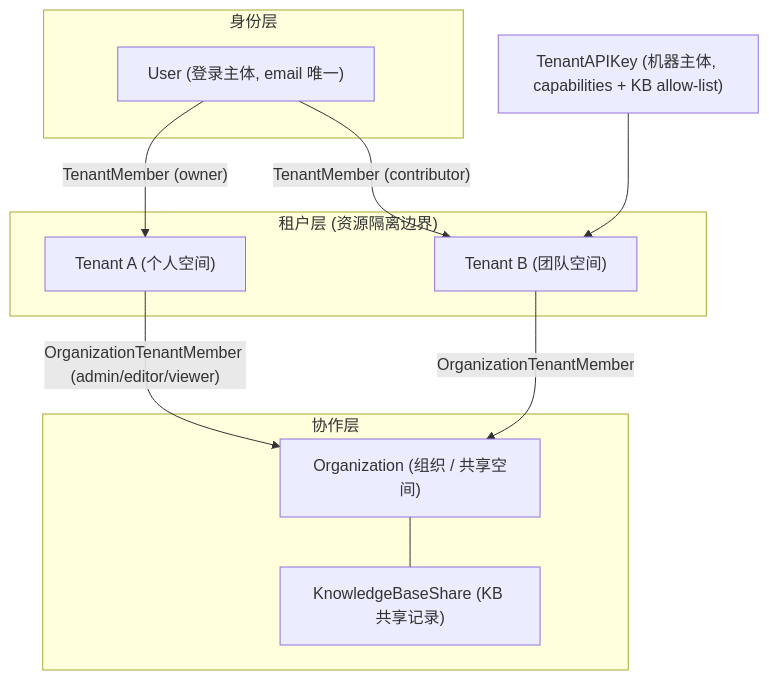
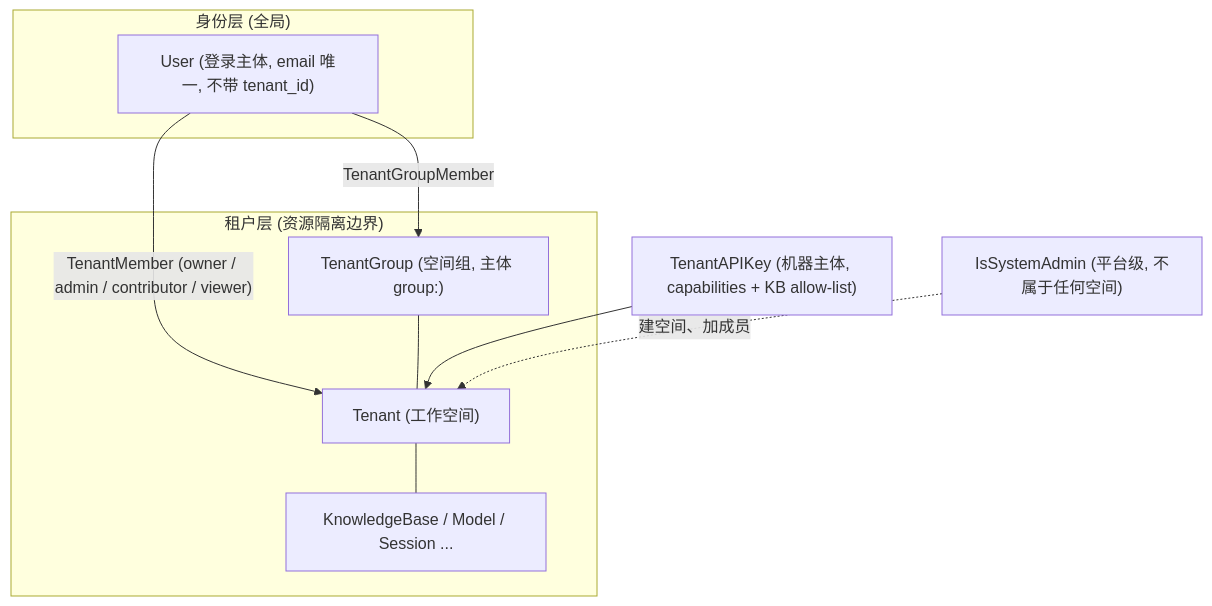
Before and after one commit to magicyuan876/Yuheng: the first of 2 diagrams in website-docs/03-features/01-tenant-auth.md, drawn with Mermaid. The commit also changed other lines of this file and 39 other files, not shown here.

````diff
--- a/website-docs/03-features/01-tenant-auth.md
+++ b/website-docs/03-features/01-tenant-auth.md
@@ -23,20 +26,17 @@
 ```mermaid
 graph TB
-    subgraph identity["身份层"]
-        U["User (登录主体, email 唯一)"]
+    subgraph identity["身份层 (全局)"]
+        U["User (登录主体, email 唯一, 不带 tenant_id)"]
     end
     subgraph tenants["租户层 (资源隔离边界)"]
-        T1["Tenant A (个人空间)"]
-        T2["Tenant B (团队空间)"]
+        T["Tenant (工作空间)"]
+        G["TenantGroup (空间组, 主体 group:<id>)"]
+        KB["KnowledgeBase / Model / Session ..."]
     end
-    subgraph org["协作层"]
-        O["Organization (组织 / 共享空间)"]
-        KBS["KnowledgeBaseShare (KB 共享记录)"]
-    end
-    U -- "TenantMember (owner)" --> T1
-    U -- "TenantMember (contributor)" --> T2
-    T1 -- "OrganizationTenantMember (admin/editor/viewer)" --> O
-    T2 -- "OrganizationTenantMember" --> O
-    O --- KBS
-    K["TenantAPIKey (机器主体, capabilities + KB allow-list)"] --> T2
+    U -- "TenantMember (owner / admin / contributor / viewer)" --> T
+    U -- "TenantGroupMember" --> G
+    G --- T
+    T --- KB
+    K["TenantAPIKey (机器主体, capabilities + KB allow-list)"] --> T
+    SA["IsSystemAdmin (平台级, 不属于任何空间)"] -. "建空间、加成员" .-> T
 ```
````
